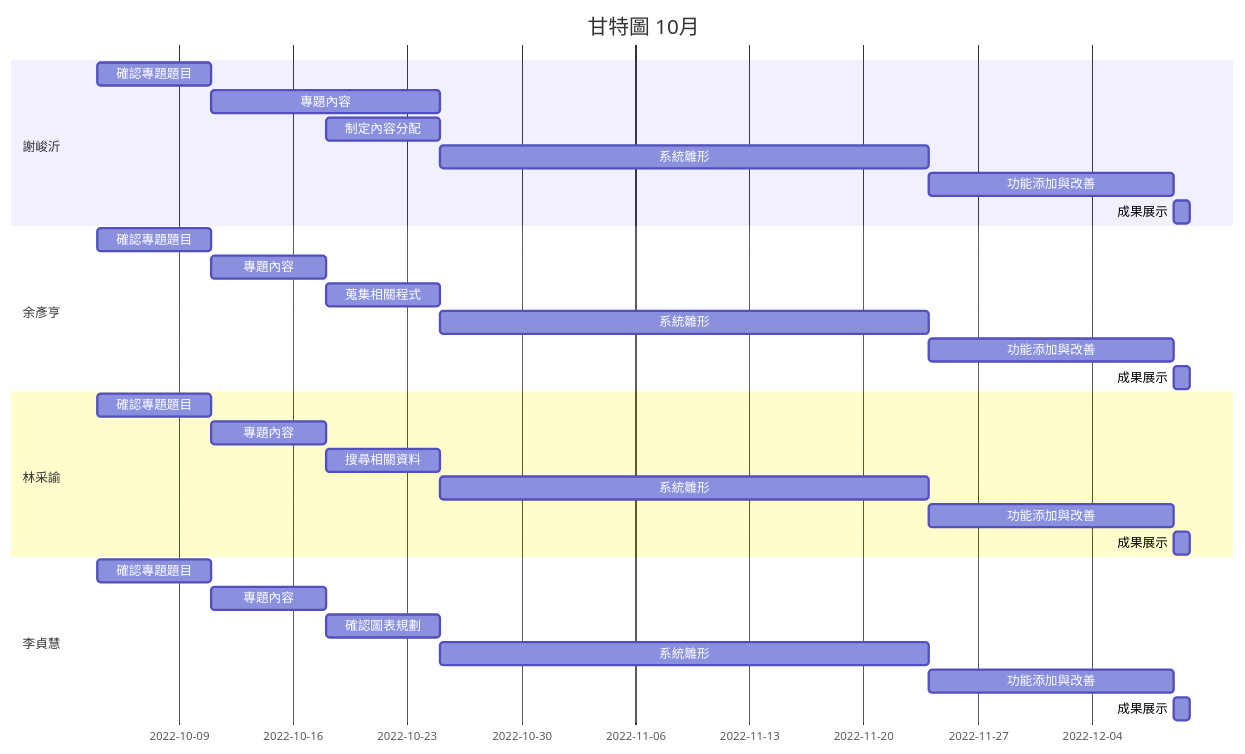
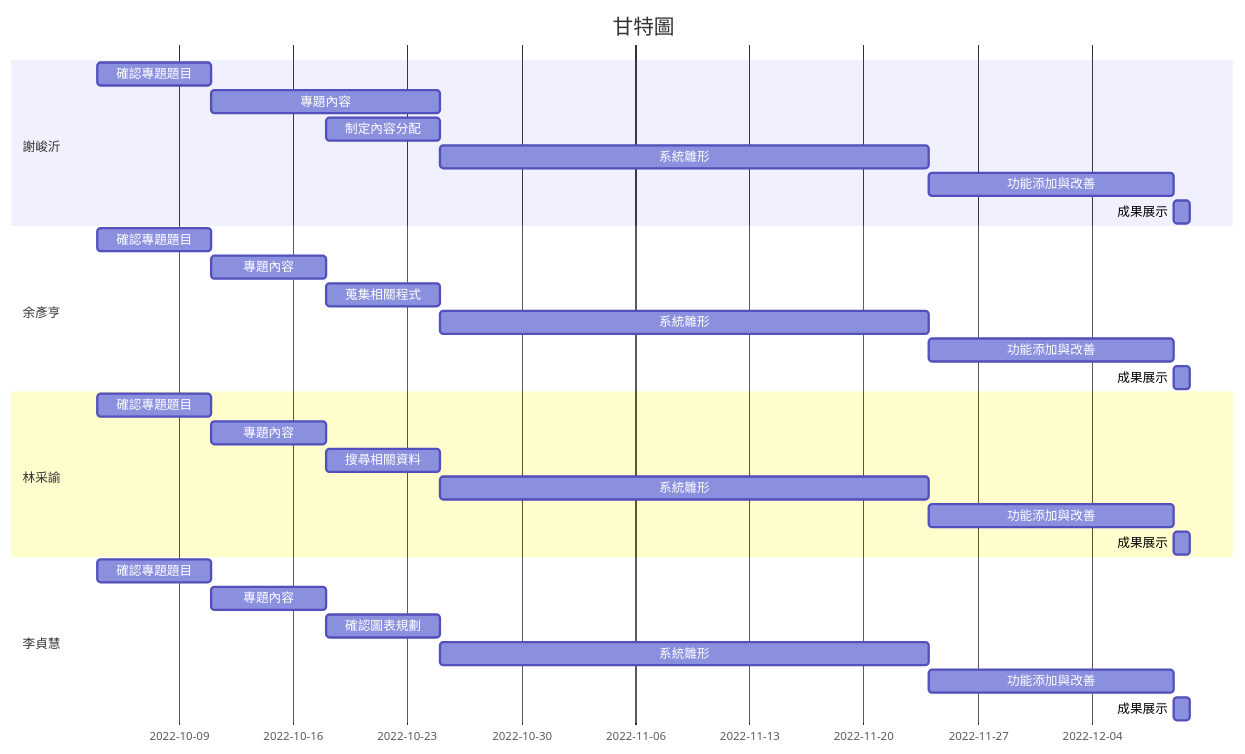
Before and after one commit to Jimmy1016/Group_14: the diagram in README.md, drawn with Mermaid.

````diff
--- a/README.md
+++ b/README.md
@@ -30,32 +30,32 @@
 ```mermaid
 gantt
-    title 甘特圖 10月
+    title 甘特圖 
     section 謝峻沂
     確認專題題目:a1, 2022-10-04, 7d
     專題內容:a2,2022-10-11, 14d
     制定內容分配:a3,2022-10-18,7d
     系統雛形:a4,after a3,30d
     功能添加與改善:a5,after a4,15d
     成果展示:after a5,1d
     section 余彥亨
     確認專題題目:a1, 2022-10-04, 7d
     專題內容:after a1, 7d
     蒐集相關程式:a3,2022-10-18,7d
     系統雛形:after a3,30d
     功能添加與改善:a5,after a4,15d
     成果展示:after a5,1d
     section 林采諭
     確認專題題目:a1, 2022-10-04, 7d
     專題內容:after a1, 7d
     搜尋相關資料:a3,2022-10-18,7d
     系統雛形:after a3,30d
     功能添加與改善:a5,after a4,15d
     成果展示:after a5,1d
     section 李貞慧
     確認專題題目:a1, 2022-10-04, 7d
     專題內容:after a1, 7d
     確認圖表規劃:a3,2022-10-18,7d
     系統雛形:after a3,30d
     功能添加與改善:a5,after a4,15d
     成果展示:after a5,1d
 ```
````
